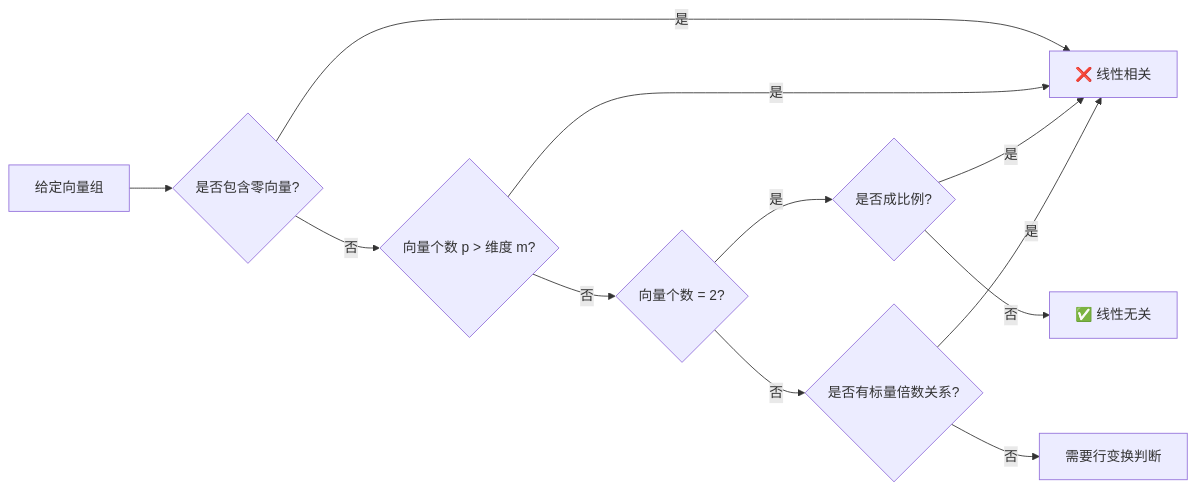
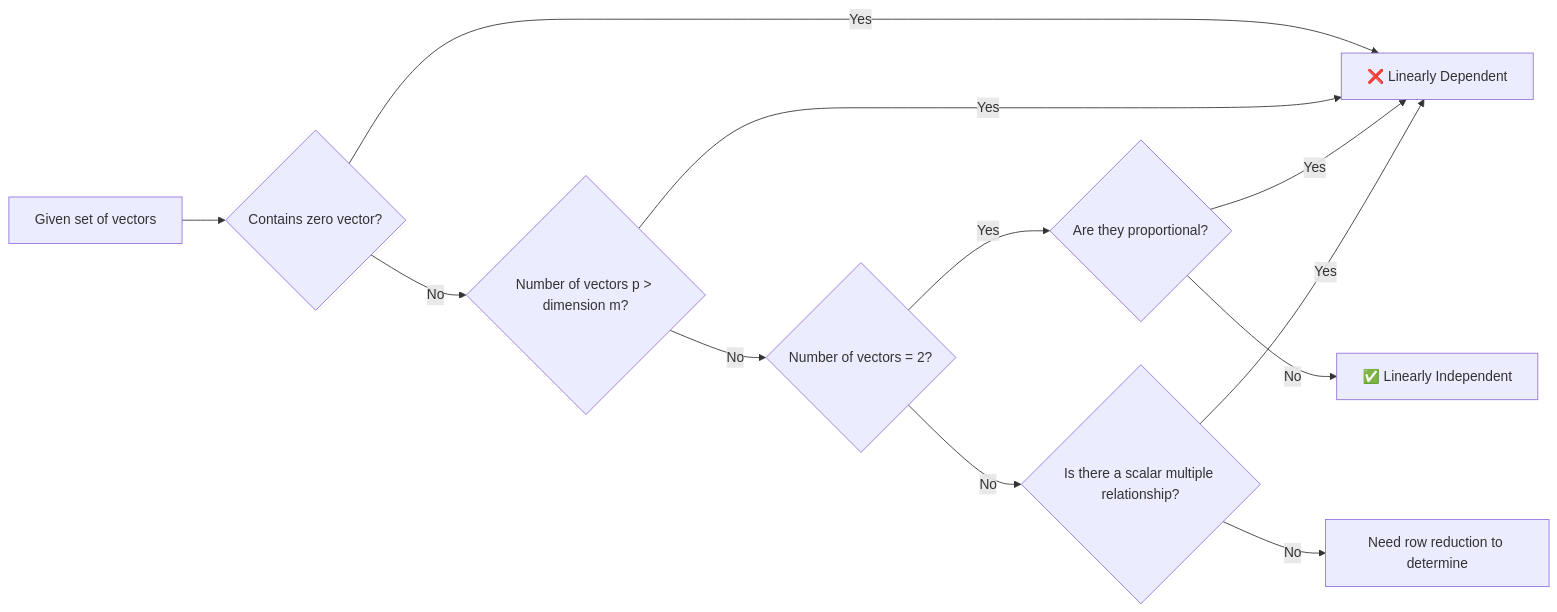
Before and after one commit to JamesFlare1212/FlareBlog: the third of 3 diagrams in content/en/posts/math-2010/exam-3/index.md, drawn with Mermaid. The commit also changed other lines of this file and 1 other file, not shown here.

````diff
--- a/content/en/posts/math-2010/exam-3/index.md
+++ b/content/en/posts/math-2010/exam-3/index.md
@@ -791,14 +791,14 @@
 ```mermaid
 flowchart LR
-    A["给定向量组"] --> B{是否包含零向量?}
-    B -->|是| C["❌ 线性相关"]
-    B -->|否| D{向量个数 p > 维度 m?}
-    D -->|是| C
-    D -->|否| E{向量个数 = 2?}
-    E -->|是| F{是否成比例?}
-    F -->|是| C
-    F -->|否| G["✅ 线性无关"]
-    E -->|否| H{是否有标量倍数关系?}
-    H -->|是| C
-    H -->|否| I["需要行变换判断"]
+    A["Given set of vectors"] --> B{Contains zero vector?}
+    B -->|Yes| C["❌ Linearly Dependent"]
+    B -->|No| D{Number of vectors p > dimension m?}
+    D -->|Yes| C
+    D -->|No| E{Number of vectors = 2?}
+    E -->|Yes| F{Are they proportional?}
+    F -->|Yes| C
+    F -->|No| G["✅ Linearly Independent"]
+    E -->|No| H{Is there a scalar multiple relationship?}
+    H -->|Yes| C
+    H -->|No| I["Need row reduction to determine"]
 ```
````
